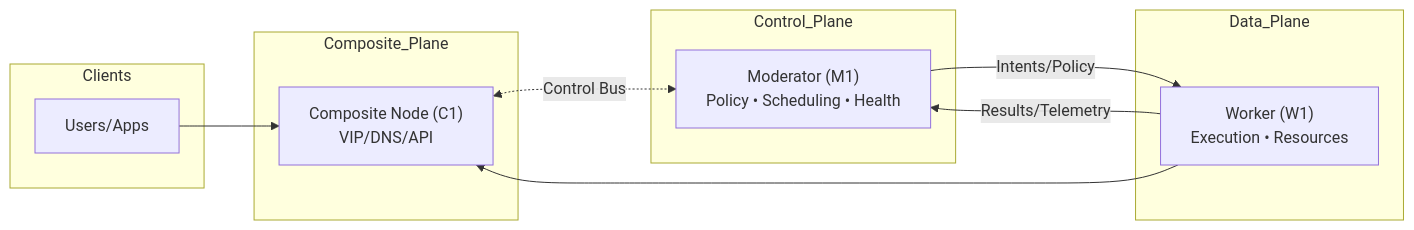
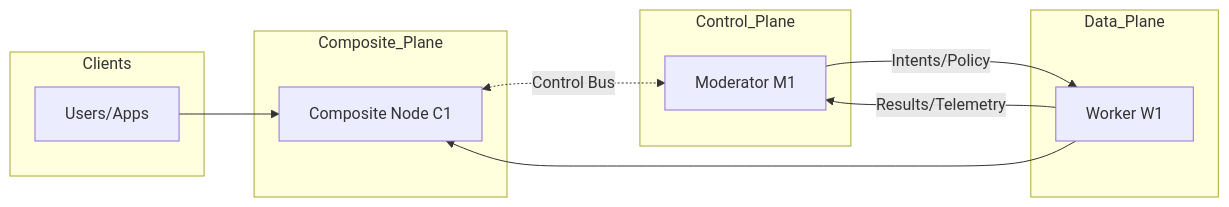
Before and after one commit to DonkRonk17/HCNA: the diagram in docs/diagrams/mermaid/component.md, drawn with Mermaid.

Commit message:
Simplify mermaid component diagram labels for GitHub compatibility
- Removed multiline labels (GitHub mermaid doesn't support <br/> in node labels)
- Kept diagram structure clean and readable
- Should render properly on GitHub now

````diff
--- a/docs/diagrams/mermaid/component.md
+++ b/docs/diagrams/mermaid/component.md
@@ -2,24 +2,24 @@
 ```mermaid
 flowchart LR
   subgraph Clients
     U[Users/Apps]
   end
 
   subgraph Composite_Plane
-    C1["Composite Node (C1)<br/>VIP/DNS/API"]
+    C1[Composite Node C1]
   end
 
   subgraph Control_Plane
-    M1["Moderator (M1)<br/>Policy • Scheduling • Health"]
+    M1[Moderator M1]
   end
 
   subgraph Data_Plane
-    W1["Worker (W1)<br/>Execution • Resources"]
+    W1[Worker W1]
   end
 
   U --> C1
   C1 <-. Control Bus .-> M1
   M1 -- Intents/Policy --> W1
   W1 -- Results/Telemetry --> M1
   W1 --> C1
 ```
````
